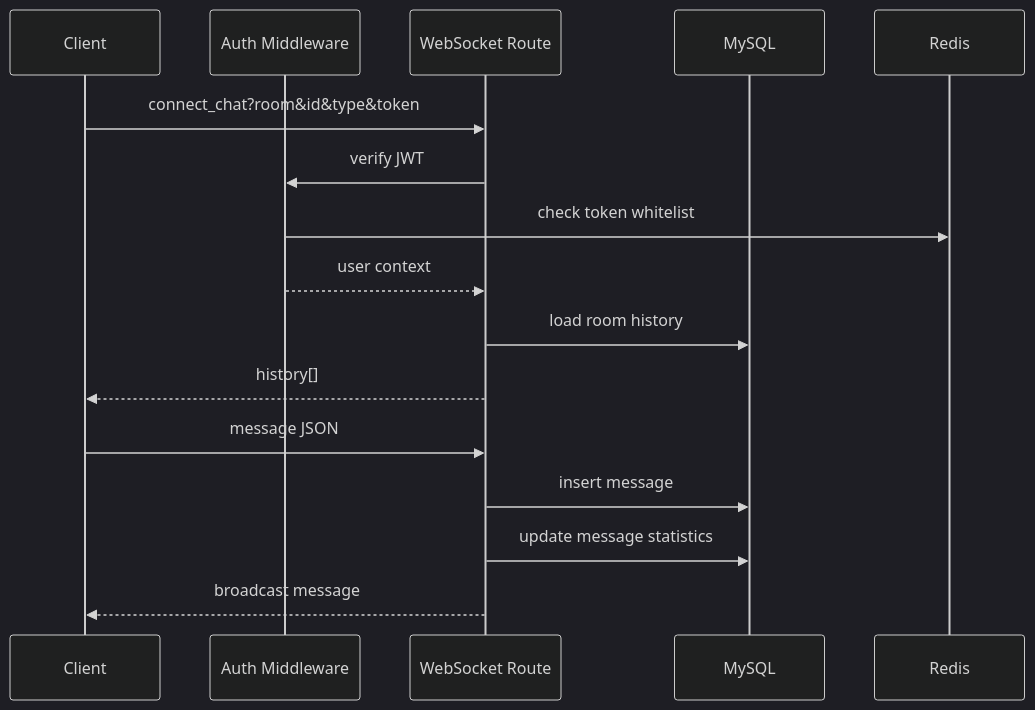
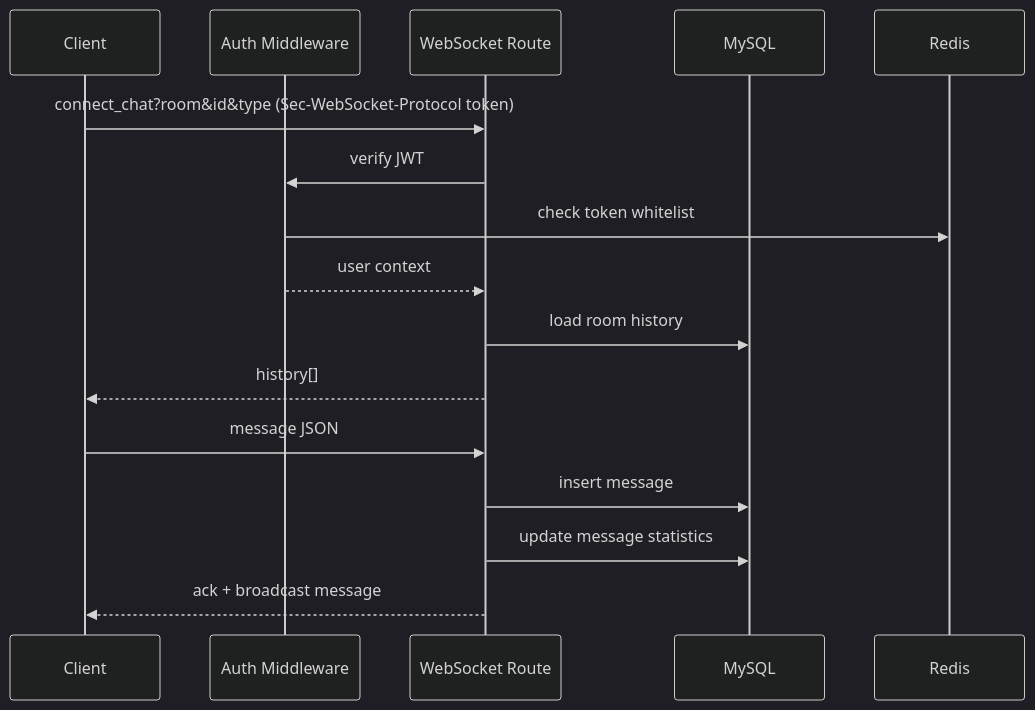
Before and after one commit to davent10086/pomelo-chat: the second of 4 diagrams in README.md, drawn with Mermaid (dark theme). The commit also changed other lines of this file, not shown here.

````diff
--- a/README.md
+++ b/README.md
@@ -99,19 +103,19 @@
 ```mermaid
 sequenceDiagram
   participant C as Client
   participant A as Auth Middleware
   participant W as WebSocket Route
   participant D as MySQL
   participant R as Redis
 
-  C->>W: connect_chat?room&id&type&token
+  C->>W: connect_chat?room&id&type (Sec-WebSocket-Protocol token)
   W->>A: verify JWT
   A->>R: check token whitelist
   A-->>W: user context
   W->>D: load room history
   W-->>C: history[]
   C->>W: message JSON
   W->>D: insert message
   W->>D: update message statistics
-  W-->>C: broadcast message
+  W-->>C: ack + broadcast message
 ```
````
